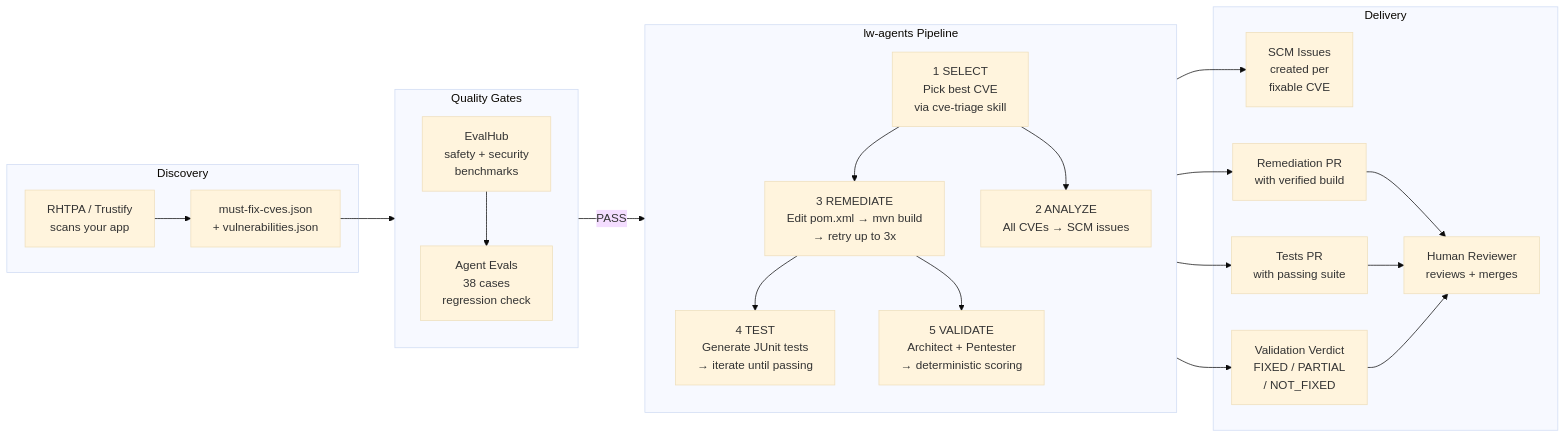
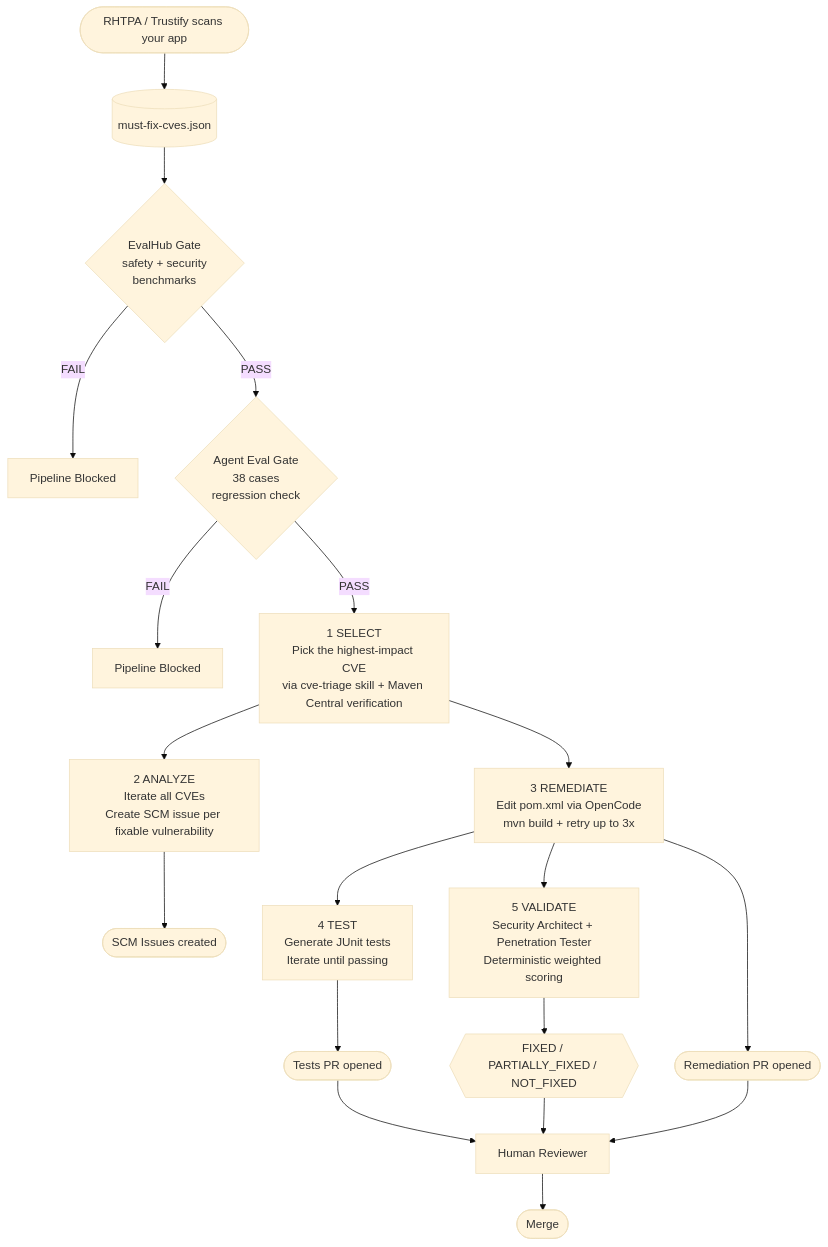
Before and after one commit to rrbanda/lw-agents: the diagram in README.md, drawn with Mermaid (base theme).

Commit message:
docs: redesign user journey mermaid diagram for clarity
- Switch from cramped LR with 4 subgraphs to clean TD flow
- Use distinct node shapes: stadiums for I/O, diamonds for gates,
  hexagon for verdict, rectangles for agents
- PASS/FAIL edge labels on eval gates
- Single clean vertical flow tells the story top to bottom
- More breathing room, fewer overlapping edges

````diff
--- a/README.md
+++ b/README.md
@@ -78,45 +78,28 @@
 ```mermaid
-flowchart LR
-    subgraph input [Discovery]
-        rhtpa["RHTPA / Trustify\nscans your app"]
-        mustfix["must-fix-cves.json\n+ vulnerabilities.json"]
-        rhtpa --> mustfix
-    end
+flowchart TD
+    scan(["RHTPA / Trustify scans your app"])
+    scan --> mustfix[("must-fix-cves.json")]
 
-    subgraph agents [lw-agents Pipeline]
-        direction TB
-        select["1 SELECT\nPick best CVE\nvia cve-triage skill"]
-        analyze["2 ANALYZE\nAll CVEs → SCM issues"]
-        remediate["3 REMEDIATE\nEdit pom.xml → mvn build\n→ retry up to 3x"]
-        testgen["4 TEST\nGenerate JUnit tests\n→ iterate until passing"]
-        validate["5 VALIDATE\nArchitect + Pentester\n→ deterministic scoring"]
-        select --> remediate
-        select --> analyze
-        remediate --> testgen
-        remediate --> validate
-    end
+    mustfix --> gate1{"EvalHub Gate\nsafety + security\nbenchmarks"}
+    gate1 -->|FAIL| blocked1[Pipeline Blocked]
+    gate1 -->|PASS| gate2{"Agent Eval Gate\n38 cases\nregression check"}
+    gate2 -->|FAIL| blocked2[Pipeline Blocked]
 
-    subgraph gates [Quality Gates]
-        evalgate["EvalHub\nsafety + security\nbenchmarks"]
-        agenteval["Agent Evals\n38 cases\nregression check"]
-        evalgate --> agenteval
-    end
+    gate2 -->|PASS| select
 
-    subgraph output [Delivery]
-        issues["SCM Issues\ncreated per\nfixable CVE"]
-        fixpr["Remediation PR\nwith verified build"]
-        testpr["Tests PR\nwith passing suite"]
-        verdict["Validation Verdict\nFIXED / PARTIAL\n/ NOT_FIXED"]
-        human["Human Reviewer\nreviews + merges"]
-        fixpr --> human
-        testpr --> human
-        verdict --> human
-    end
+    select["1 SELECT\nPick the highest-impact CVE\nvia cve-triage skill + Maven Central verification"]
+    select --> analyze["2 ANALYZE\nIterate all CVEs\nCreate SCM issue per fixable vulnerability"]
+    select --> remediate["3 REMEDIATE\nEdit pom.xml via OpenCode\nmvn build + retry up to 3x"]
+    remediate --> testgen["4 TEST\nGenerate JUnit tests\nIterate until passing"]
+    remediate --> validate["5 VALIDATE\nSecurity Architect + Penetration Tester\nDeterministic weighted scoring"]
 
-    mustfix --> gates
-    gates -->|"PASS"| agents
-    analyze --> issues
-    remediate --> fixpr
-    testgen --> testpr
-    validate --> verdict
+    analyze --> issues(["SCM Issues created"])
+    remediate --> fixpr(["Remediation PR opened"])
+    testgen --> testpr(["Tests PR opened"])
+    validate --> verdict{{"FIXED / PARTIALLY_FIXED / NOT_FIXED"}}
+
+    fixpr --> human["Human Reviewer"]
+    testpr --> human
+    verdict --> human
+    human --> merge(["Merge"])
 ```
````
